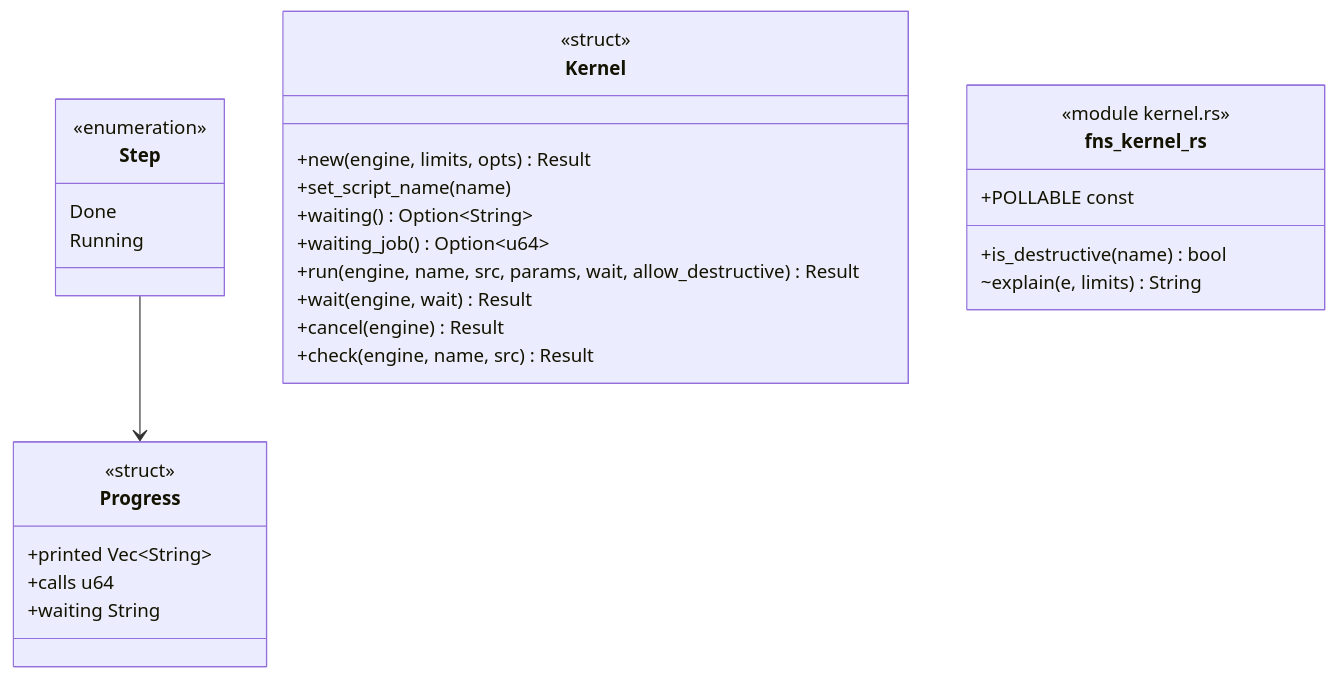
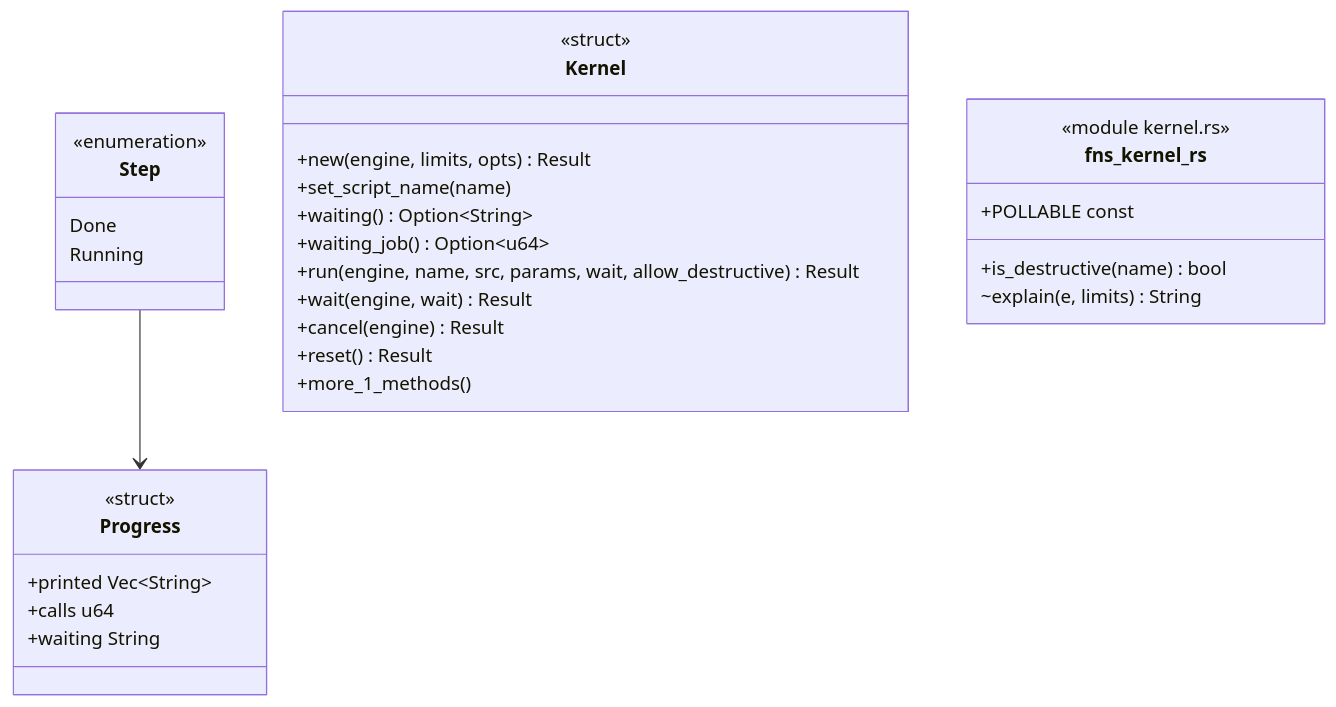
Before and after one commit to p-j-r/nyx: the diagram in docs/architecture/c4/4-code/script/kernel.md, drawn with Mermaid. The commit also changed other lines of this file and 150 other files, not shown here.

````diff
--- a/docs/architecture/c4/4-code/script/kernel.md
+++ b/docs/architecture/c4/4-code/script/kernel.md
@@ -37,32 +37,33 @@
 ```mermaid
 classDiagram
   class Progress {
       <<struct>>
       +printed Vec~String~
       +calls u64
       +waiting String
   }
   class Step {
       <<enumeration>>
       Done
       Running
   }
   class Kernel {
       <<struct>>
       +new(engine, limits, opts) Result
       +set_script_name(name)
       +waiting() Option~String~
       +waiting_job() Option~u64~
       +run(engine, name, src, params, wait, allow_destructive) Result
       +wait(engine, wait) Result
       +cancel(engine) Result
-      +check(engine, name, src) Result
+      +reset() Result
+      +more_1_methods()
   }
   class fns_kernel_rs {
       <<module kernel.rs>>
       +is_destructive(name) bool
       ~explain(e, limits) String
       +POLLABLE const
   }
   Step --> Progress
 ```
````
